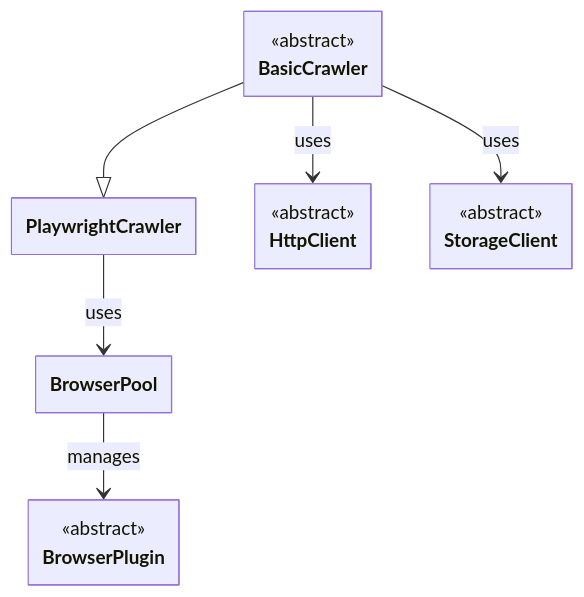
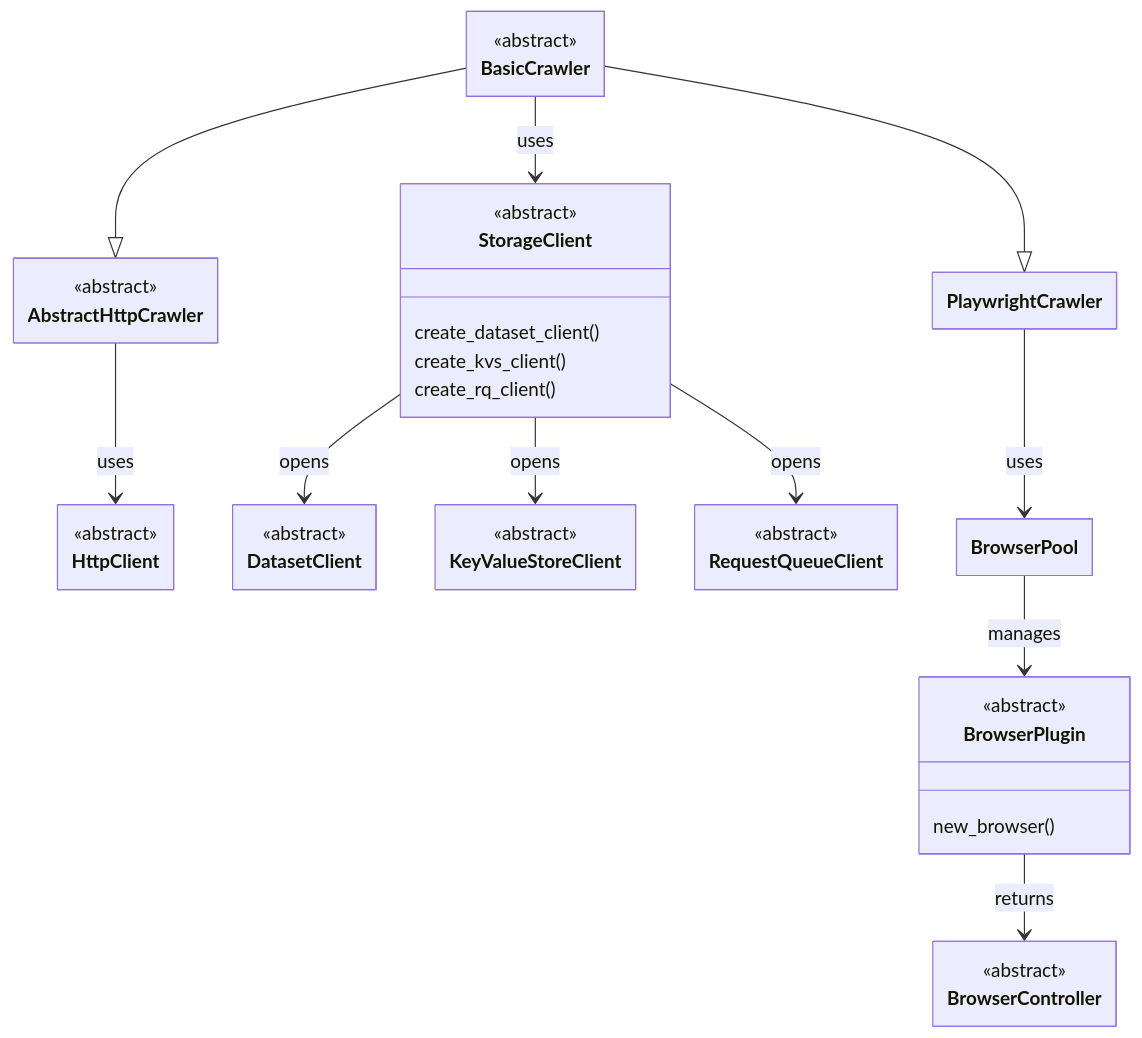
Before and after one commit to apify/crawlee-python: the diagram in docs/guides/extending_crawlee.mdx, drawn with Mermaid. The commit also changed other lines of this file, not shown here.

````diff
--- a/docs/guides/extending_crawlee.mdx
+++ b/docs/guides/extending_crawlee.mdx
@@ -17,35 +17,64 @@
 ```mermaid
 ---
 config:
     class:
         hideEmptyMembersBox: true
 ---
 
 classDiagram
 
 class BasicCrawler {
     <<abstract>>
 }
 
+class AbstractHttpCrawler {
+    <<abstract>>
+}
+
 class PlaywrightCrawler
 
 class HttpClient {
     <<abstract>>
 }
 
 class StorageClient {
     <<abstract>>
+    create_dataset_client()
+    create_kvs_client()
+    create_rq_client()
+}
+
+class DatasetClient {
+    <<abstract>>
+}
+
+class KeyValueStoreClient {
+    <<abstract>>
+}
+
+class RequestQueueClient {
+    <<abstract>>
 }
 
 class BrowserPool
 
 class BrowserPlugin {
     <<abstract>>
+    new_browser()
 }
 
-BasicCrawler --> HttpClient : uses
+class BrowserController {
+    <<abstract>>
+}
+
+BasicCrawler --|> AbstractHttpCrawler
+BasicCrawler --|> PlaywrightCrawler
+AbstractHttpCrawler --> HttpClient : uses
 BasicCrawler --> StorageClient : uses
-BasicCrawler --|> PlaywrightCrawler
+StorageClient --> DatasetClient : opens
+StorageClient --> KeyValueStoreClient : opens
+StorageClient --> RequestQueueClient : opens
 PlaywrightCrawler --> BrowserPool : uses
 BrowserPool --> BrowserPlugin : manages
+BrowserPlugin --> BrowserController : returns
 ```
````
